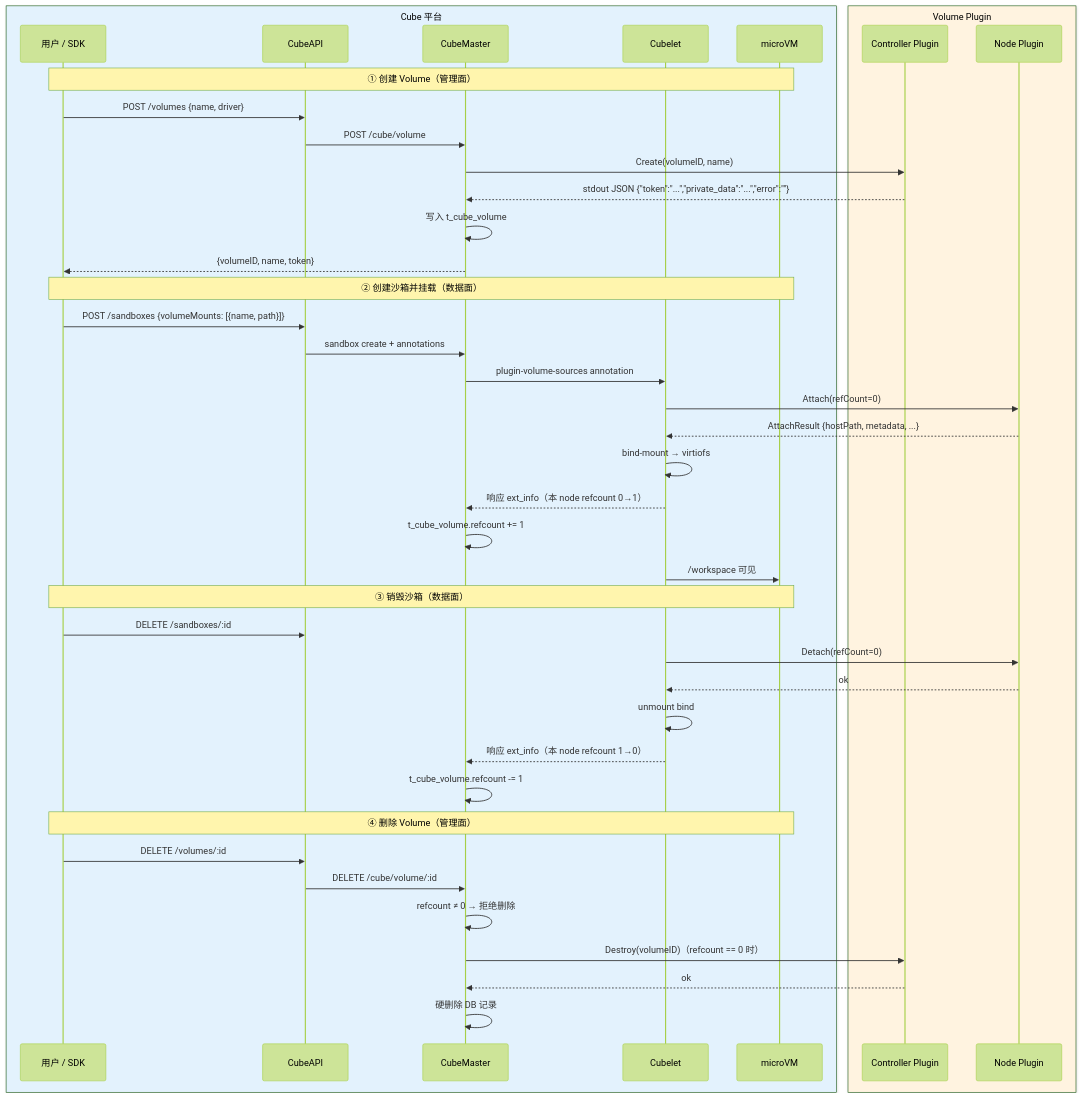
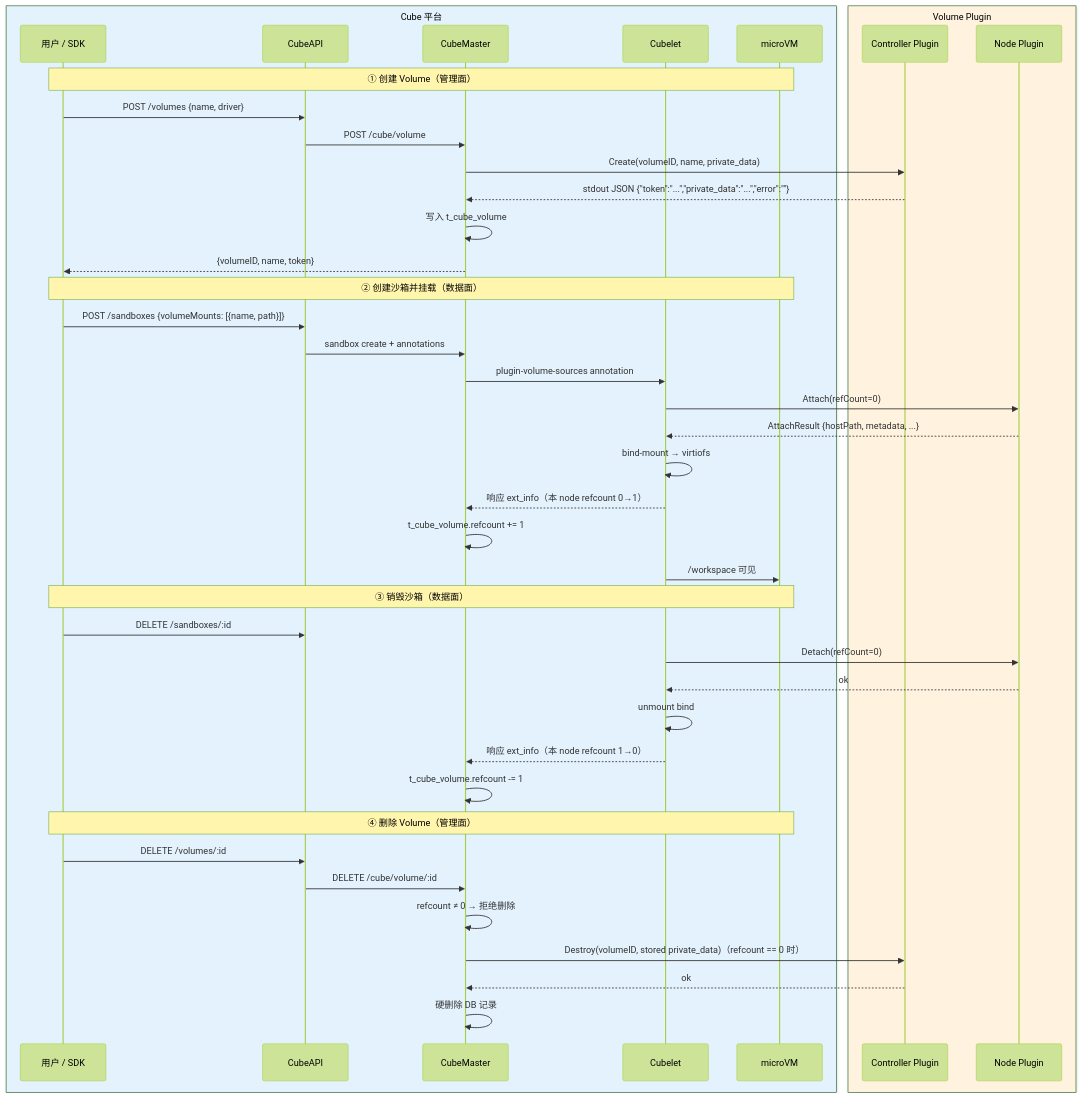
One commit to TencentCloud/CubeSandbox changed the fourth of 4 diagrams in docs/zh/guide/volume-plugin.md. Above: the diagram before and after it, drawn with Mermaid (forest theme). The commit also changed other lines of this file and 55 other files, not shown here.

````diff
--- a/docs/zh/guide/volume-plugin.md
+++ b/docs/zh/guide/volume-plugin.md
@@ -320,49 +350,49 @@
 ```mermaid
 sequenceDiagram
     box rgba(227,242,253,1) Cube 平台
         participant U as 用户 / SDK
         participant API as CubeAPI
         participant M as CubeMaster
         participant L as Cubelet
         participant VM as microVM
     end
     box rgba(255,243,224,1) Volume Plugin
         participant P as Controller Plugin
         participant N as Node Plugin
     end
 
     Note over U,VM: ① 创建 Volume（管理面）
     U->>API: POST /volumes {name, driver}
     API->>M: POST /cube/volume
-    M->>P: Create(volumeID, name)
+    M->>P: Create(volumeID, name, private_data)
     P-->>M: stdout JSON {"token":"...","private_data":"...","error":""}
     M->>M: 写入 t_cube_volume
     M-->>U: {volumeID, name, token}
 
     Note over U,VM: ② 创建沙箱并挂载（数据面）
     U->>API: POST /sandboxes {volumeMounts: [{name, path}]}
     API->>M: sandbox create + annotations
     M->>L: plugin-volume-sources annotation
     L->>N: Attach(refCount=0)
     N-->>L: AttachResult {hostPath, metadata, ...}
     L->>L: bind-mount → virtiofs
     L-->>M: 响应 ext_info（本 node refcount 0→1）
     M->>M: t_cube_volume.refcount += 1
     L->>VM: /workspace 可见
 
     Note over U,VM: ③ 销毁沙箱（数据面）
     U->>API: DELETE /sandboxes/:id
     L->>N: Detach(refCount=0)
     N-->>L: ok
     L->>L: unmount bind
     L-->>M: 响应 ext_info（本 node refcount 1→0）
     M->>M: t_cube_volume.refcount -= 1
 
     Note over U,VM: ④ 删除 Volume（管理面）
     U->>API: DELETE /volumes/:id
     API->>M: DELETE /cube/volume/:id
     M->>M: refcount ≠ 0 → 拒绝删除
-    M->>P: Destroy(volumeID)（refcount == 0 时）
+    M->>P: Destroy(volumeID, stored private_data)（refcount == 0 时）
     P-->>M: ok
     M->>M: 硬删除 DB 记录
 ```
````
